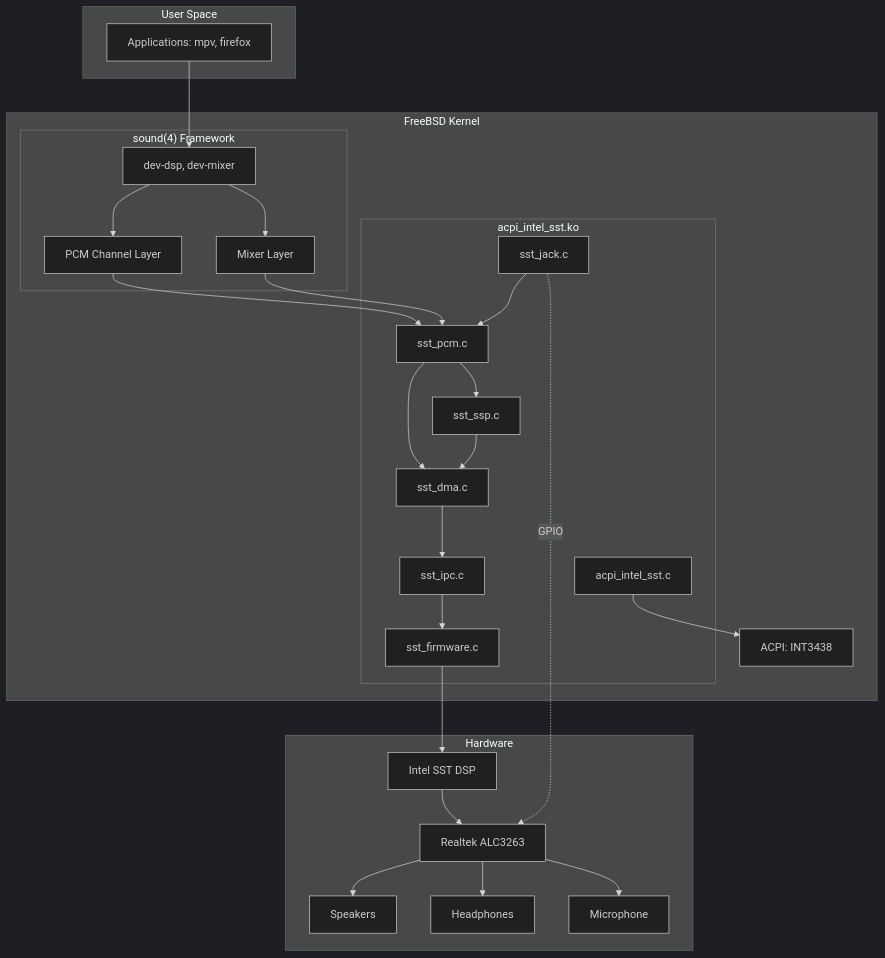
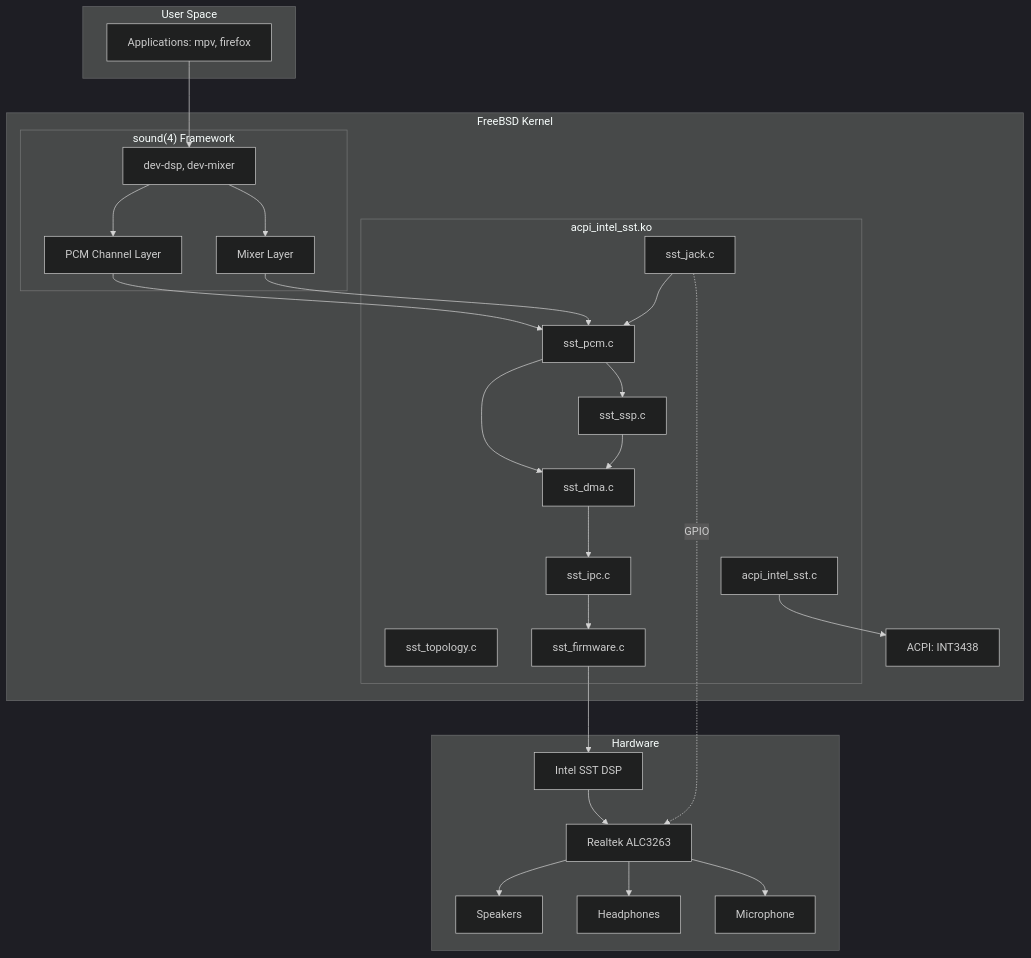
One commit to spagu/acpi_intel_sst changed the first of 5 diagrams in README.md. Above: the diagram before and after it, drawn with Mermaid (dark theme). The commit also changed other lines of this file and 8 other files, not shown here.

Commit message:
feat: Implement Intel SST audio topology management with default playback and capture pipelines.

````diff
--- a/README.md
+++ b/README.md
@@ -185,53 +185,54 @@
 ```mermaid
 graph TB
     subgraph UserSpace["User Space"]
         APP["Applications: mpv, firefox"]
     end
 
     subgraph Kernel["FreeBSD Kernel"]
         subgraph Sound["sound#40;4#41; Framework"]
             DSP_DEV["dev-dsp, dev-mixer"]
             PCM["PCM Channel Layer"]
             MIX["Mixer Layer"]
         end
 
         subgraph Driver["acpi_intel_sst.ko"]
             MAIN["acpi_intel_sst.c"]
             PCMD["sst_pcm.c"]
             JACK["sst_jack.c"]
+            TOPO["sst_topology.c"]
             SSP["sst_ssp.c"]
             DMA_DRV["sst_dma.c"]
             IPC["sst_ipc.c"]
             FW["sst_firmware.c"]
         end
 
         ACPI["ACPI: INT3438"]
     end
 
     subgraph HW["Hardware"]
         DSP_HW["Intel SST DSP"]
         CODEC["Realtek ALC3263"]
         SPK["Speakers"]
         HP["Headphones"]
         MIC["Microphone"]
     end
 
     APP --> DSP_DEV
     DSP_DEV --> PCM
     DSP_DEV --> MIX
     PCM --> PCMD
     MIX --> PCMD
     PCMD --> SSP
     PCMD --> DMA_DRV
     JACK --> PCMD
     SSP --> DMA_DRV
     DMA_DRV --> IPC
     IPC --> FW
     MAIN --> ACPI
     FW --> DSP_HW
     DSP_HW --> CODEC
     CODEC --> SPK
     CODEC --> HP
     CODEC --> MIC
     JACK -.->|GPIO| CODEC
 ```
````
